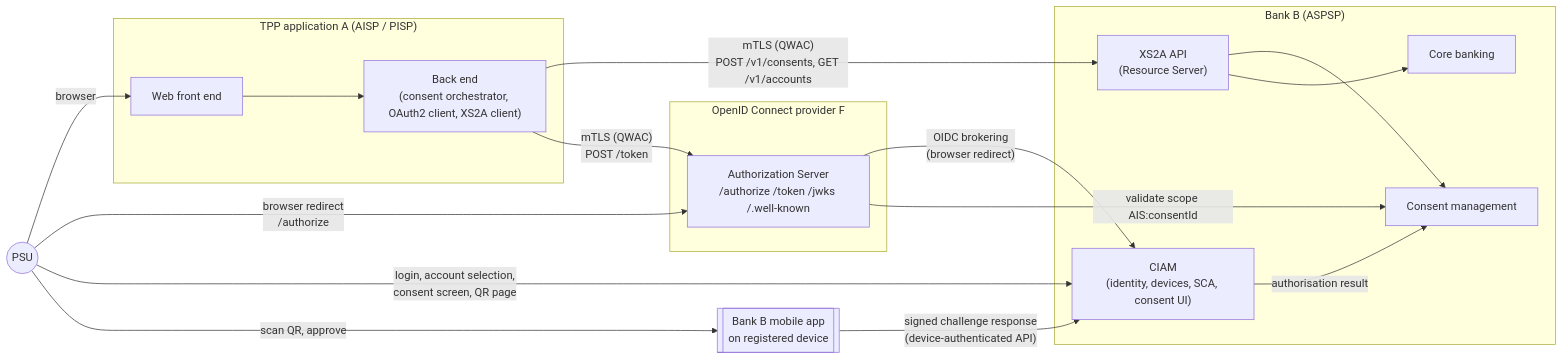
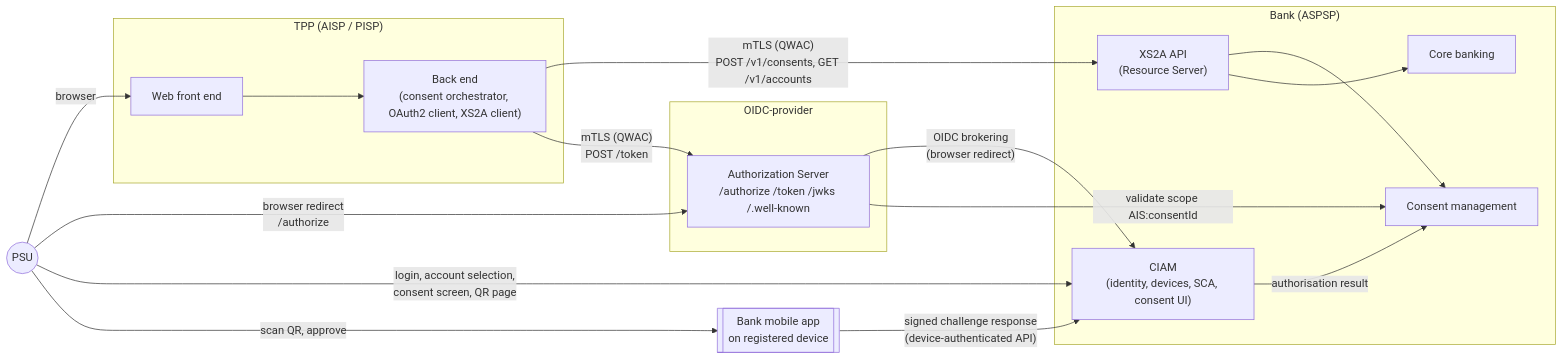
One commit to vondacho/psd2-sandbox changed the first of 10 diagrams in docs/design/psu-account-list-journey.md. Above: the diagram before and after it, drawn with Mermaid. The commit also changed other lines of this file and 149 other files, not shown here.

````diff
--- a/docs/design/psu-account-list-journey.md
+++ b/docs/design/psu-account-list-journey.md
@@ -87,35 +87,35 @@
 ```mermaid
 flowchart LR
     PSU((PSU))
-    Device[["Bank B mobile app<br/>on registered device"]]
+    Device[["Bank mobile app<br/>on registered device"]]
 
-    subgraph A["TPP application A (AISP / PISP)"]
+    subgraph TPP["TPP (AISP / PISP)"]
         AFE["Web front end"]
         ABE["Back end<br/>(consent orchestrator, OAuth2 client, XS2A client)"]
     end
 
-    subgraph F["OpenID Connect provider F"]
+    subgraph OIDC["OIDC-provider"]
         AS["Authorization Server<br/>/authorize /token /jwks /.well-known"]
     end
 
-    subgraph B["Bank B (ASPSP)"]
+    subgraph BANK["Bank (ASPSP)"]
         XS2A["XS2A API<br/>(Resource Server)"]
         CIAM["CIAM<br/>(identity, devices, SCA, consent UI)"]
         CM["Consent management"]
         CORE["Core banking"]
     end
 
     PSU -->|browser| AFE
     AFE --> ABE
     ABE -->|"mTLS (QWAC)<br/>POST /v1/consents, GET /v1/accounts"| XS2A
     ABE -->|"mTLS (QWAC)<br/>POST /token"| AS
     PSU -->|"browser redirect<br/>/authorize"| AS
     AS -->|"OIDC brokering<br/>(browser redirect)"| CIAM
     AS -->|"validate scope AIS:consentId"| CM
     PSU -->|"login, account selection,<br/>consent screen, QR page"| CIAM
     PSU -->|"scan QR, approve"| Device
     Device -->|"signed challenge response<br/>(device-authenticated API)"| CIAM
     CIAM -->|"authorisation result"| CM
     XS2A --> CM
     XS2A --> CORE
 ```
````
